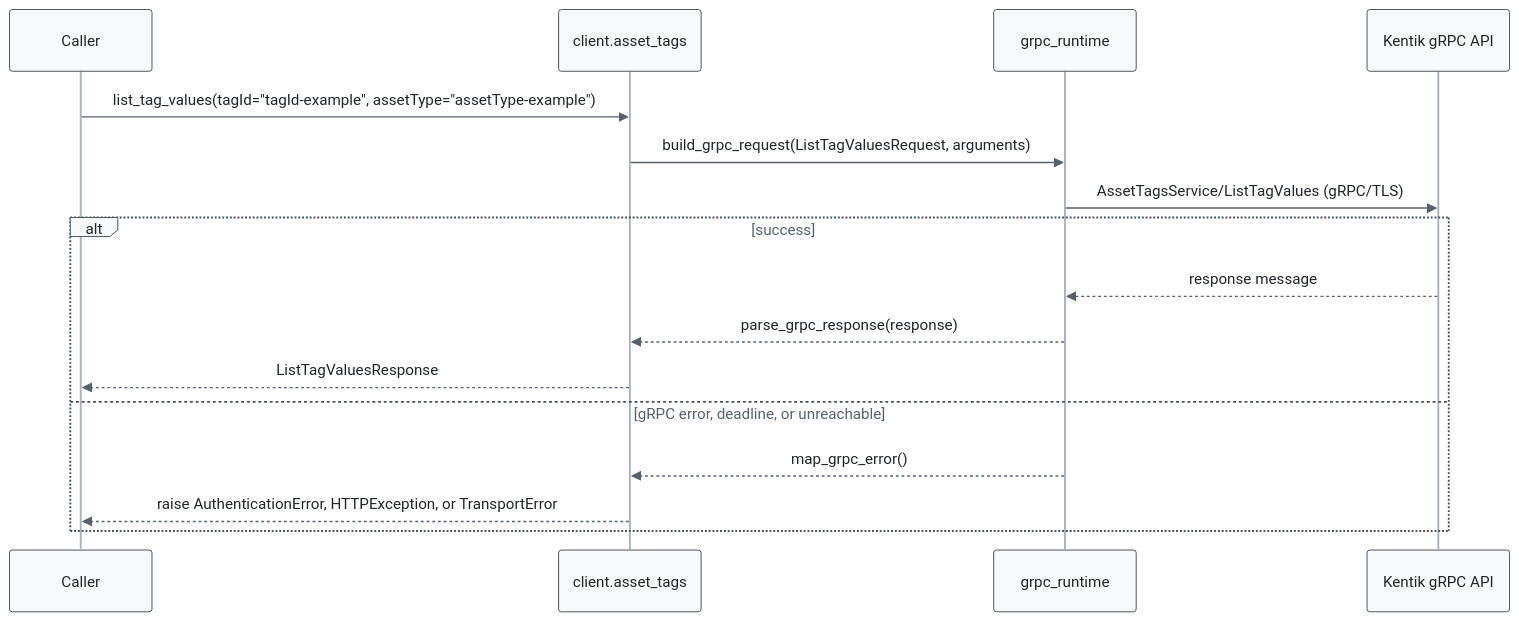
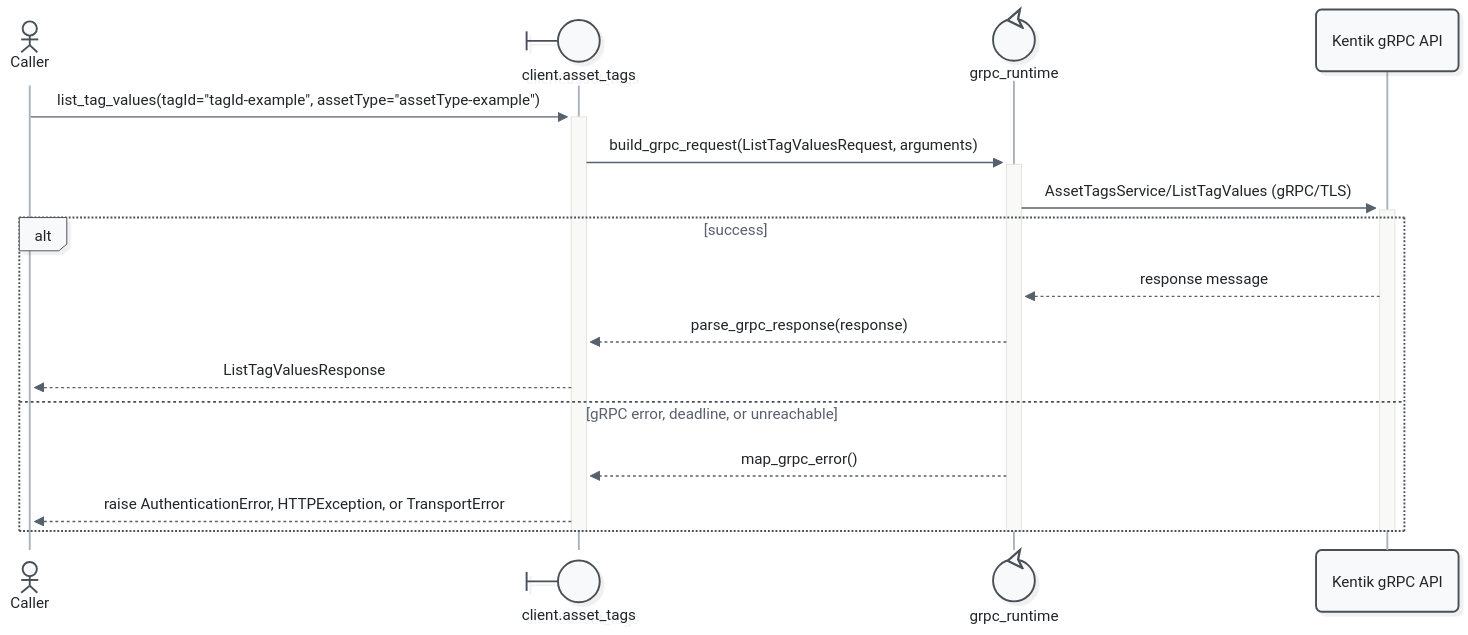
One commit to alexdearaujo/community_sdk_python changed diagram 14 of 19 in docs/sphinx/services/asset_tags.md. Above: the diagram before and after it, drawn with Mermaid. The commit also changed other lines of this file and 52 other files, not shown here.

First line of the commit message:
docs: Mermaid 12 sequence diagrams with participant types and path colors

````diff
--- a/docs/sphinx/services/asset_tags.md
+++ b/docs/sphinx/services/asset_tags.md
@@ -521,20 +553,23 @@
 ```mermaid
-%%{init: {"theme": "base", "fontFamily": "ui-monospace, SFMono-Regular, Menlo, monospace", "themeVariables": {"fontFamily": "ui-monospace, SFMono-Regular, Menlo, monospace", "primaryColor": "#f8f9fa", "primaryBorderColor": "#495057", "primaryTextColor": "#212529", "textColor": "#212529", "lineColor": "#77818c", "edgeLabelBackground": "#ffffff", "actorBkg": "#f8f9fa", "actorBorder": "#495057", "actorTextColor": "#212529", "actorLineColor": "#a9b3be", "signalColor": "#57616d", "signalTextColor": "#212529", "labelBoxBkgColor": "#f8f9fa", "labelBoxBorderColor": "#495057", "labelTextColor": "#212529", "loopTextColor": "#57616d", "noteBkgColor": "#fff9db", "noteBorderColor": "#f08c00", "noteTextColor": "#a35a00"}, "flowchart": {"curve": "step", "nodeSpacing": 30, "rankSpacing": 70, "wrappingWidth": 400}}}%%
+%%{init: {"theme": "redux", "look": "neo", "layout": "dagre", "fontFamily": "ui-monospace, SFMono-Regular, Menlo, monospace", "themeVariables": {"fontFamily": "ui-monospace, SFMono-Regular, Menlo, monospace", "primaryColor": "#f8f9fa", "primaryBorderColor": "#495057", "primaryTextColor": "#212529", "textColor": "#212529", "lineColor": "#77818c", "edgeLabelBackground": "#ffffff", "actorBkg": "#f8f9fa", "actorBorder": "#495057", "actorTextColor": "#212529", "actorLineColor": "#a9b3be", "signalColor": "#57616d", "signalTextColor": "#212529", "labelBoxBkgColor": "#f8f9fa", "labelBoxBorderColor": "#495057", "labelTextColor": "#212529", "loopTextColor": "#57616d", "noteBkgColor": "#fff9db", "noteBorderColor": "#f08c00", "noteTextColor": "#a35a00"}, "sequence": {"activationWidth": 16}, "flowchart": {"curve": "step", "nodeSpacing": 30, "rankSpacing": 70, "wrappingWidth": 400}}}%%
 sequenceDiagram
-    participant C as Caller
-    participant W as client.asset_tags
-    participant R as grpc_runtime
+    actor C as Caller
+    participant W@{ "type": "boundary" } as client.asset_tags
+    participant R@{ "type": "control" } as grpc_runtime
     participant API as Kentik gRPC API
 
-    C->>W: list_tag_values(tagId="tagId-example", assetType="assetType-example")
-    W->>R: build_grpc_request(ListTagValuesRequest, arguments)
-    R->>API: AssetTagsService/ListTagValues (gRPC/TLS)
+    C->>+W: list_tag_values(tagId="tagId-example", assetType="assetType-example")
+    W->>+R: build_grpc_request(ListTagValuesRequest, arguments)
+    R->>+API: AssetTagsService/ListTagValues (gRPC/TLS)
     alt success
         API-->>R: response message
         R-->>W: parse_grpc_response(response)
         W-->>C: ListTagValuesResponse
     else gRPC error, deadline, or unreachable
         R-->>W: map_grpc_error()
         W-->>C: raise AuthenticationError, HTTPException, or TransportError
     end
+    deactivate API
+    deactivate R
+    deactivate W
 ```
````
